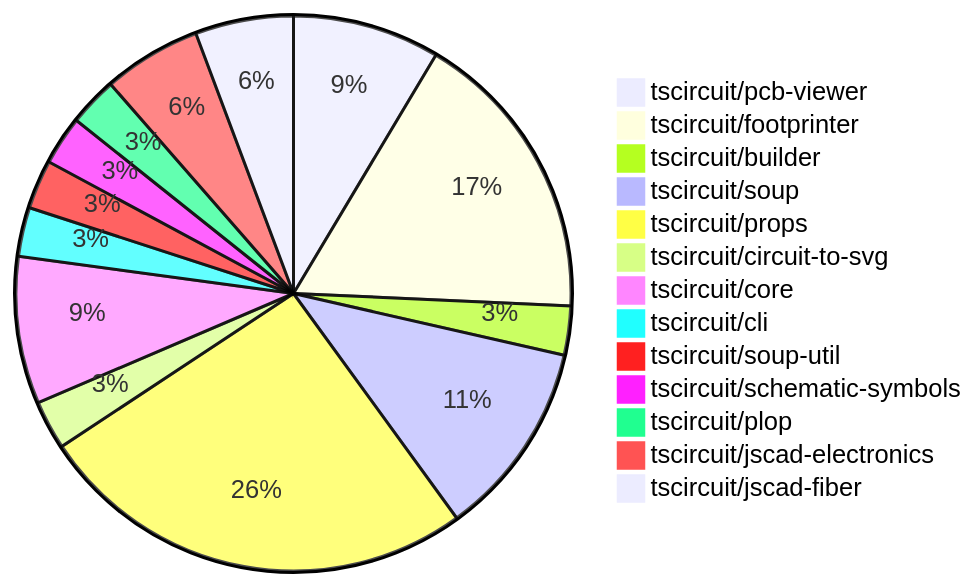
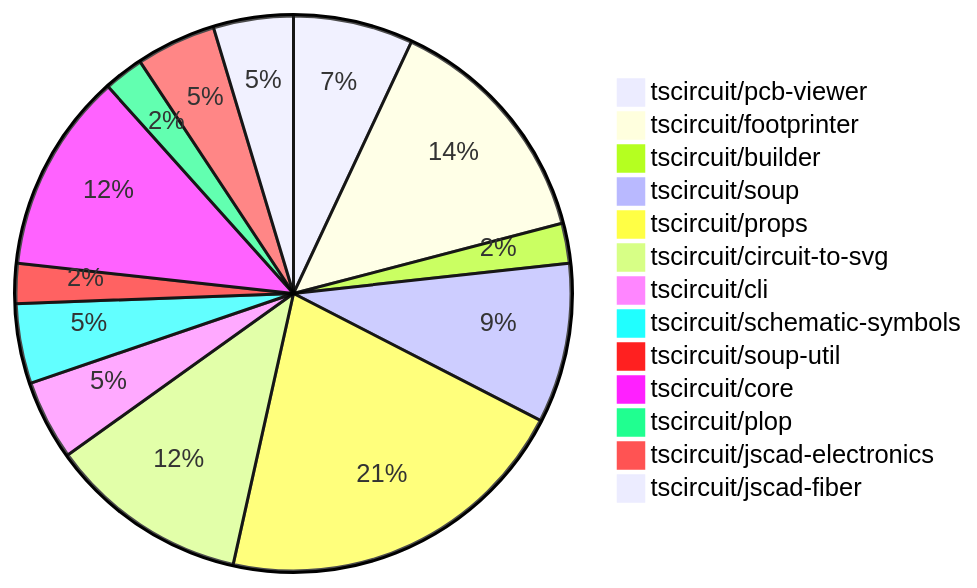
The diagram in README.md (tscircuit/contribution-tracker), drawn with Mermaid before and after one commit. The commit also changed other lines of this file and 1 other file, not shown here.

````diff
--- a/README.md
+++ b/README.md
@@ -24,16 +24,16 @@
 ```mermaid
 pie
     "tscircuit/pcb-viewer" : 3
     "tscircuit/footprinter" : 6
     "tscircuit/builder" : 1
     "tscircuit/soup" : 4
     "tscircuit/props" : 9
-    "tscircuit/circuit-to-svg" : 1
-    "tscircuit/core" : 3
-    "tscircuit/cli" : 1
+    "tscircuit/circuit-to-svg" : 5
+    "tscircuit/cli" : 2
+    "tscircuit/schematic-symbols" : 2
     "tscircuit/soup-util" : 1
-    "tscircuit/schematic-symbols" : 1
+    "tscircuit/core" : 5
     "tscircuit/plop" : 1
     "tscircuit/jscad-electronics" : 2
     "tscircuit/jscad-fiber" : 2
 ```
````
